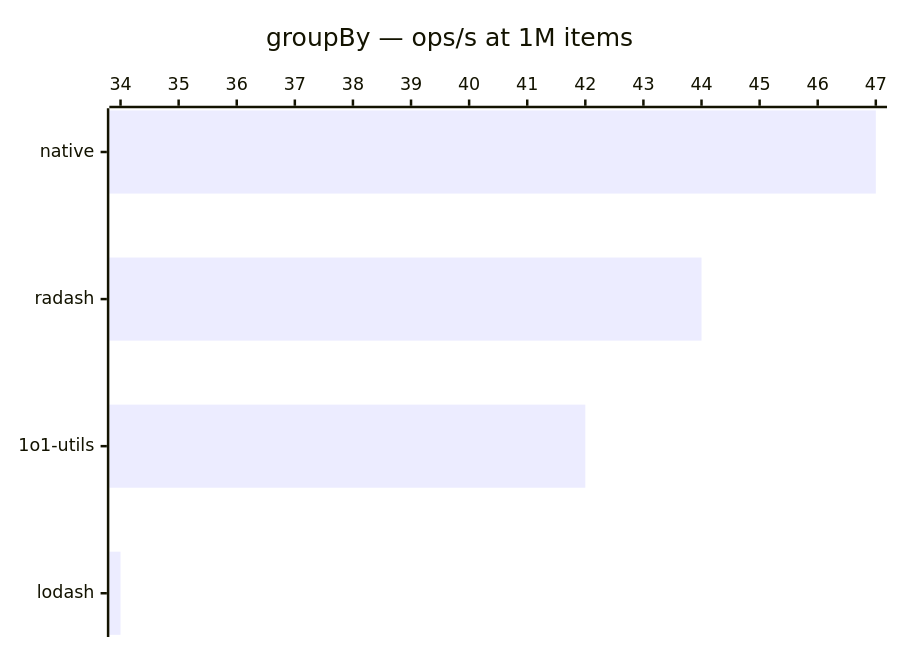
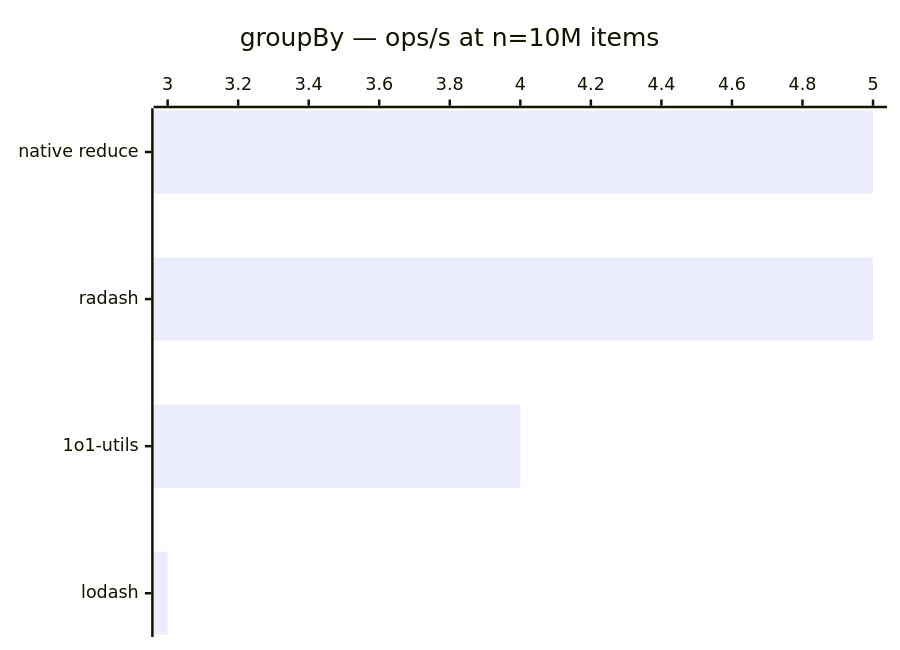
The diagram in benchmarks/group-by.md (pedrotroccoli/1o1-utils), drawn with Mermaid before and after one commit. The commit also changed other lines of this file and 5 other files, not shown here.

````diff
--- a/benchmarks/group-by.md
+++ b/benchmarks/group-by.md
@@ -17,6 +17,6 @@
 ```mermaid
 xychart-beta horizontal
-  title "groupBy — ops/s at 1M items"
-  x-axis ["native", "radash", "1o1-utils", "lodash"]
-  bar [47, 44, 42, 34]
+  title "groupBy — ops/s at n=10M items"
+  x-axis ["native reduce", "radash", "1o1-utils", "lodash"]
+  bar [5, 5, 4, 3]
 ```
````
